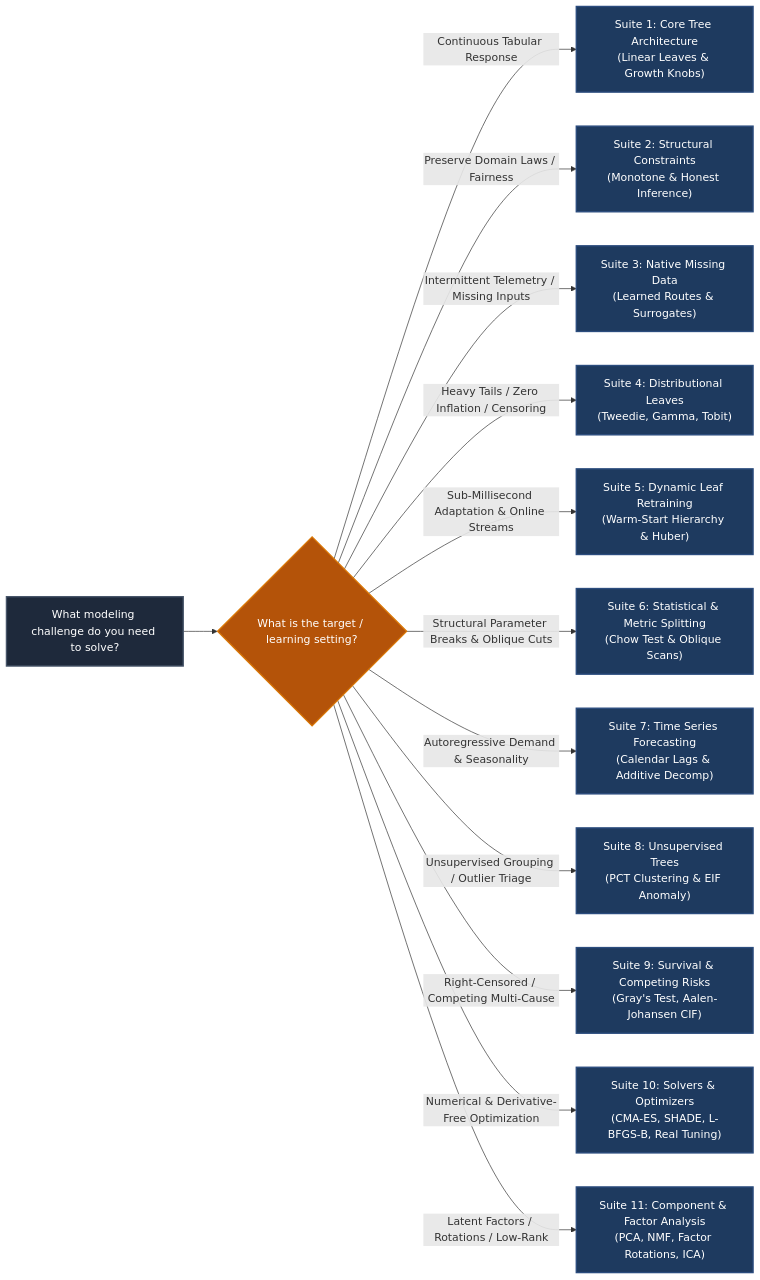
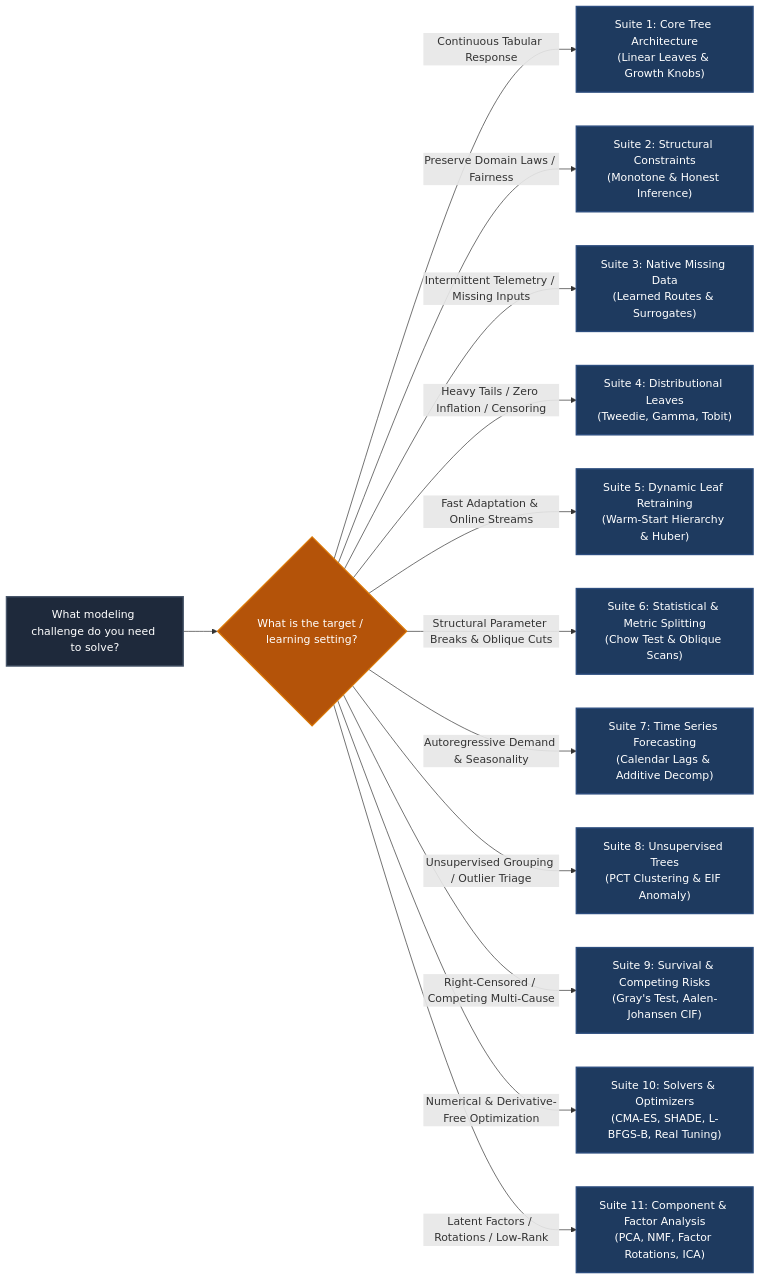
The diagram in docs/suites/index.md (jkapila/mltreelib), drawn with Mermaid before and after one commit. The commit also changed other lines of this file and 29 other files, not shown here.

````diff
--- a/docs/suites/index.md
+++ b/docs/suites/index.md
@@ -146,24 +146,24 @@
 ```mermaid
 flowchart LR
     Start["What modeling challenge do you need to solve?"] --> Q1{"What is the target / learning setting?"}
     
     Q1 -- "Continuous Tabular Response" --> A1["Suite 1: Core Tree Architecture\n(Linear Leaves & Growth Knobs)"]
     Q1 -- "Preserve Domain Laws / Fairness" --> A2["Suite 2: Structural Constraints\n(Monotone & Honest Inference)"]
     Q1 -- "Intermittent Telemetry / Missing Inputs" --> A3["Suite 3: Native Missing Data\n(Learned Routes & Surrogates)"]
     Q1 -- "Heavy Tails / Zero Inflation / Censoring" --> A4["Suite 4: Distributional Leaves\n(Tweedie, Gamma, Tobit)"]
-    Q1 -- "Sub-Millisecond Adaptation & Online Streams" --> A5["Suite 5: Dynamic Leaf Retraining\n(Warm-Start Hierarchy & Huber)"]
+    Q1 -- "Fast Adaptation & Online Streams" --> A5["Suite 5: Dynamic Leaf Retraining\n(Warm-Start Hierarchy & Huber)"]
     Q1 -- "Structural Parameter Breaks & Oblique Cuts" --> A6["Suite 6: Statistical & Metric Splitting\n(Chow Test & Oblique Scans)"]
     Q1 -- "Autoregressive Demand & Seasonality" --> A7["Suite 7: Time Series Forecasting\n(Calendar Lags & Additive Decomp)"]
     Q1 -- "Unsupervised Grouping / Outlier Triage" --> A8["Suite 8: Unsupervised Trees\n(PCT Clustering & EIF Anomaly)"]
     Q1 -- "Right-Censored / Competing Multi-Cause" --> A9["Suite 9: Survival & Competing Risks\n(Gray's Test, Aalen-Johansen CIF)"]
     Q1 -- "Numerical & Derivative-Free Optimization" --> A10["Suite 10: Solvers & Optimizers\n(CMA-ES, SHADE, L-BFGS-B, Real Tuning)"]
     Q1 -- "Latent Factors / Rotations / Low-Rank" --> A11["Suite 11: Component & Factor Analysis\n(PCA, NMF, Factor Rotations, ICA)"]
 
     classDef startBox fill:#1e293b,stroke:#475569,stroke-width:2px,color:#ffffff;
     classDef gateBox fill:#b45309,stroke:#d97706,stroke-width:2px,color:#ffffff;
     classDef suiteBox fill:#1e3a5f,stroke:#2b4c7e,stroke-width:2px,color:#ffffff;
 
     class Start startBox;
     class Q1 gateBox;
     class A1,A2,A3,A4,A5,A6,A7,A8,A9,A10,A11 suiteBox;
 ```
````
